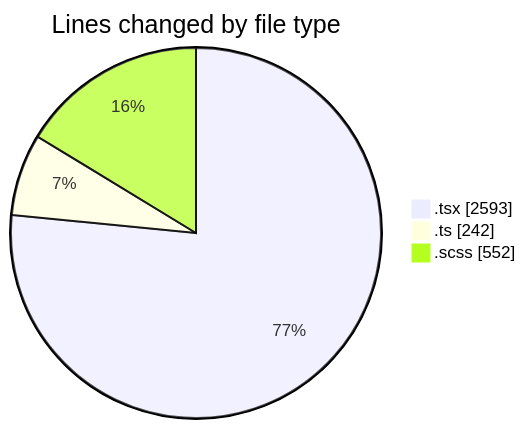
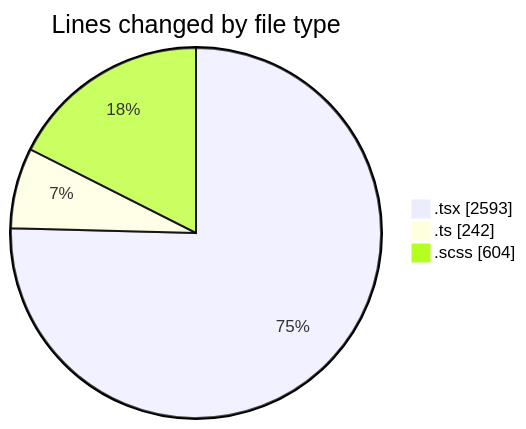
The first of 2 diagrams in 2025-09-15/cda/README.md (momahboobian/code-tracking), drawn with Mermaid before and after one commit. The commit also changed other lines of this file and 1 other file, not shown here.

````diff
--- a/2025-09-15/cda/README.md
+++ b/2025-09-15/cda/README.md
@@ -25,7 +25,7 @@
 ```mermaid
 pie showData
 title Lines changed by file type
 ".tsx" : 2593
 ".ts" : 242
-".scss" : 552
+".scss" : 604
 ```
````
